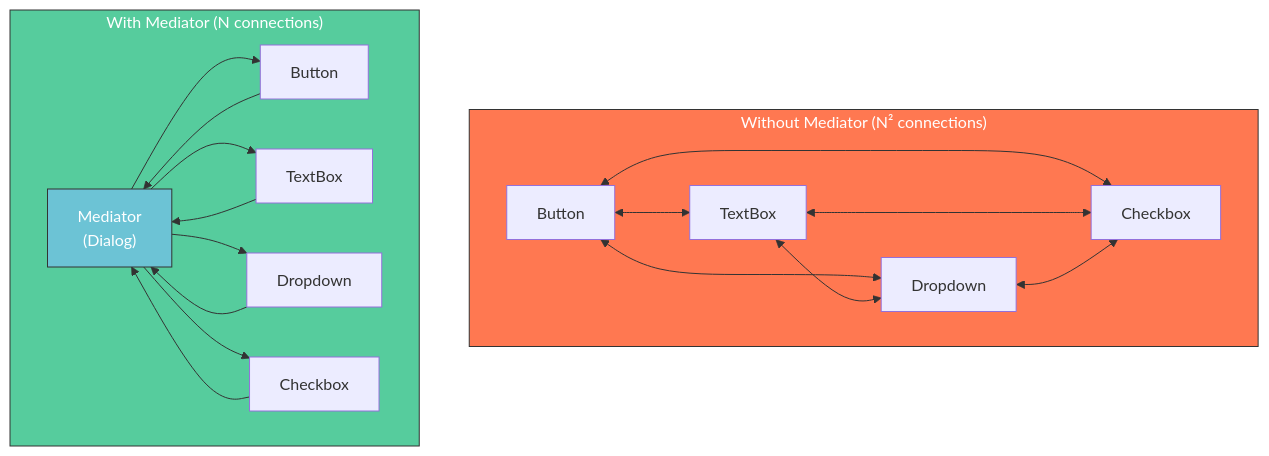
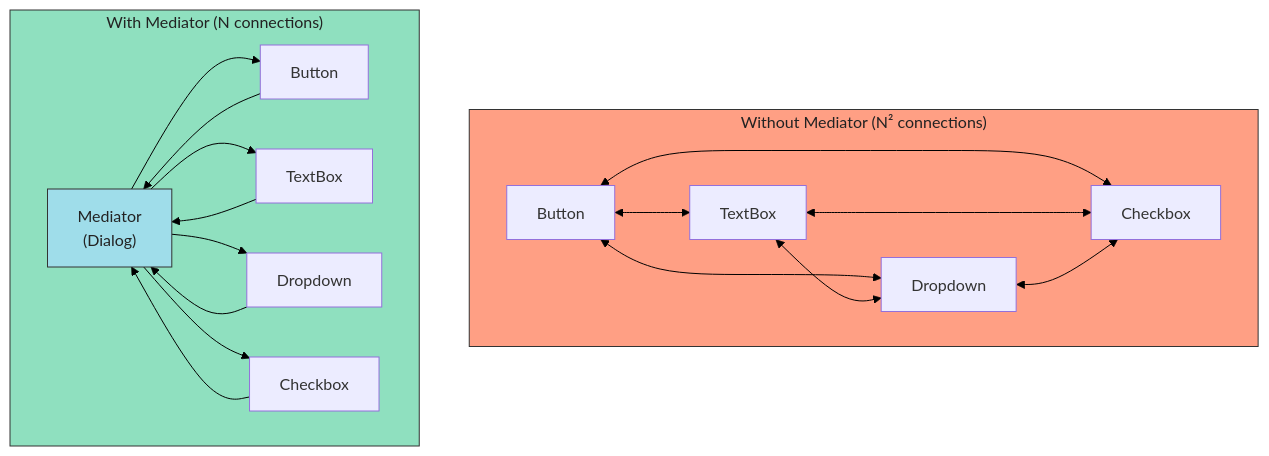
One commit to tanquangduong/tanquangduong.github.io changed the seventh of 10 diagrams in posts/design-pattern/Design-Pattern-Interview-QA-2.qmd. Above: the diagram before and after it, drawn with Mermaid. The commit also changed other lines of this file and 204 other files, not shown here.

````diff
--- a/posts/design-pattern/Design-Pattern-Interview-QA-2.qmd
+++ b/posts/design-pattern/Design-Pattern-Interview-QA-2.qmd
@@ -969,27 +975,28 @@
 ```{mermaid}
 graph TD
+    linkStyle default stroke:#000,color:#000
     subgraph Without["Without Mediator (N² connections)"]
         A1["Button"] <--> B1["TextBox"]
         A1 <--> C1["Dropdown"]
         B1 <--> C1
         A1 <--> D1["Checkbox"]
         B1 <--> D1
         C1 <--> D1
     end
 
     subgraph With["With Mediator (N connections)"]
         M["Mediator<br/>(Dialog)"]
         A2["Button"] --> M
         B2["TextBox"] --> M
         C2["Dropdown"] --> M
         D2["Checkbox"] --> M
         M --> A2
         M --> B2
         M --> C2
         M --> D2
     end
 
-    style Without fill:#ff7851,stroke:#333,color:#fff
-    style With fill:#56cc9d,stroke:#333,color:#fff
-    style M fill:#6cc3d5,stroke:#333,color:#fff
+    style Without fill:#ff9f84,stroke:#333,color:#222
+    style With fill:#8fe0bf,stroke:#333,color:#222
+    style M fill:#9fddea,stroke:#333,color:#222
 ```
````
